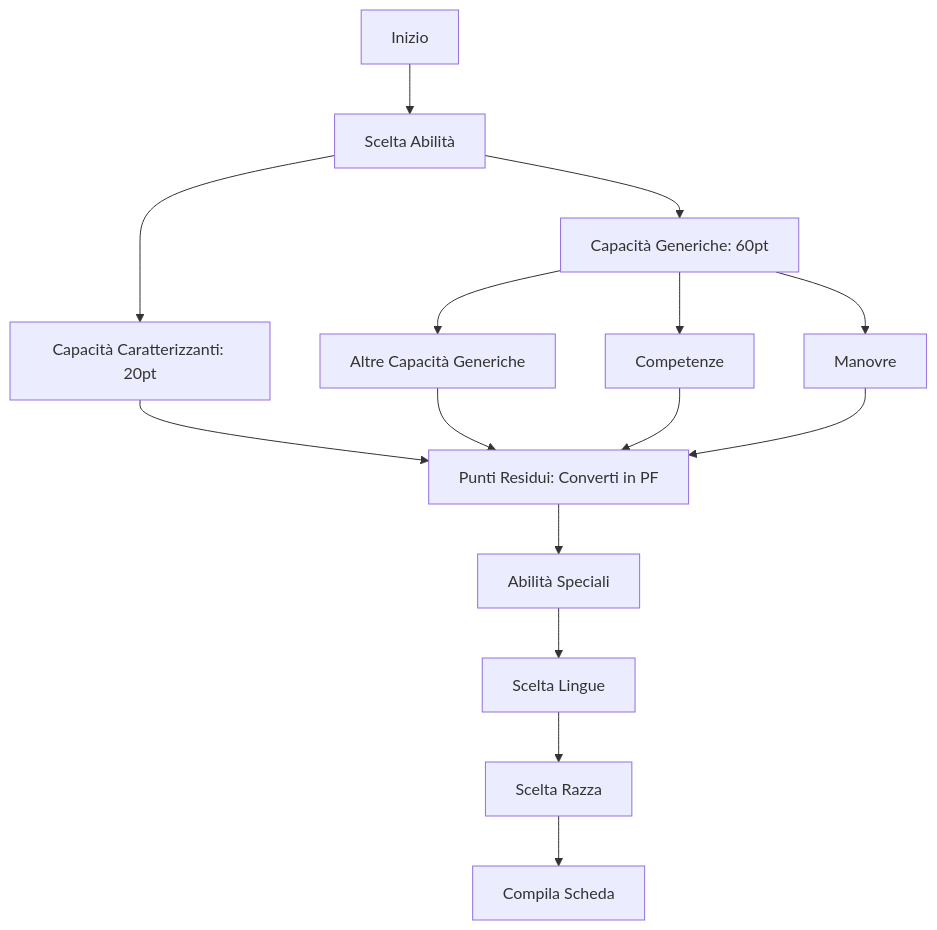
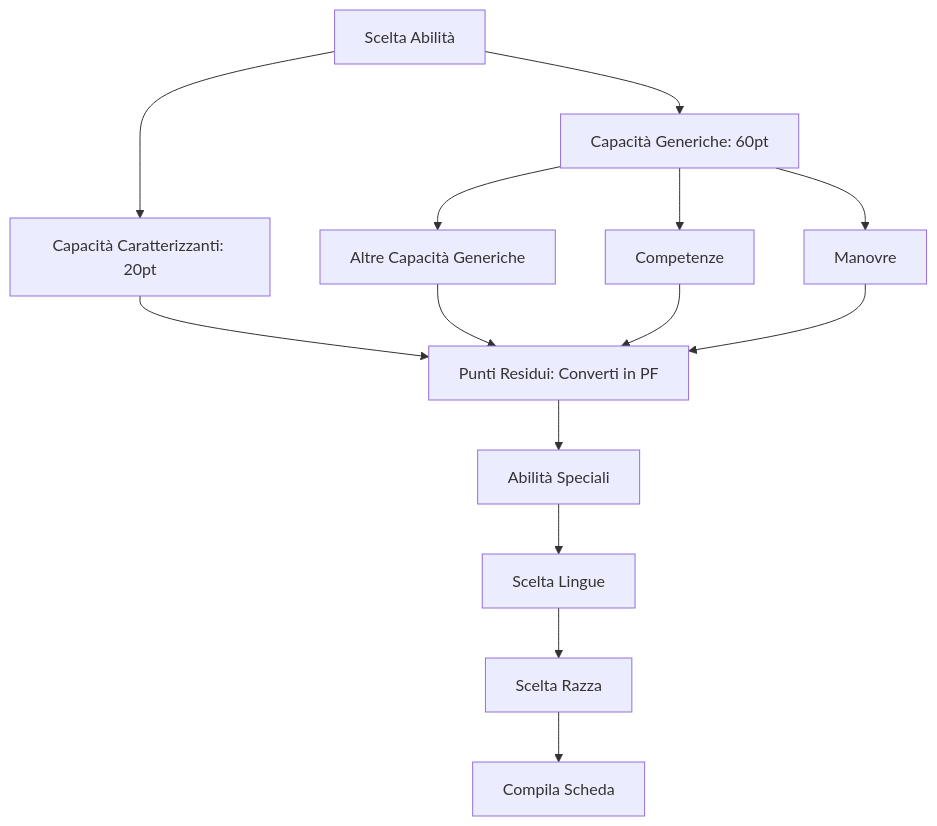
One commit to Ema212/Regolamento-GDR changed the diagram in capitoli/Regole/creazione.qmd. Above: the diagram before and after it, drawn with Mermaid. The commit also changed other lines of this file and 59 other files, not shown here.

````diff
--- a/capitoli/Regole/creazione.qmd
+++ b/capitoli/Regole/creazione.qmd
@@ -46,17 +46,16 @@
 ```{mermaid}
 graph TD
-    A[Inizio] --> B[Scelta Abilità]
-    B --> C[Capacità Caratterizzanti: 20pt]
+    B[Scelta Abilità] --> C[Capacità Caratterizzanti: 20pt]
     B --> D[Capacità Generiche: 60pt]
     D --> E[Altre Capacità Generiche]
     D --> F[Competenze]
     D --> G[Manovre]
     C --> H[Punti Residui: Converti in PF]
     E --> H
     F --> H
     G --> H
     H --> I[Abilità Speciali]
     I --> J[Scelta Lingue]
     J --> K[Scelta Razza]
     K --> L[Compila Scheda]
 ```
````
